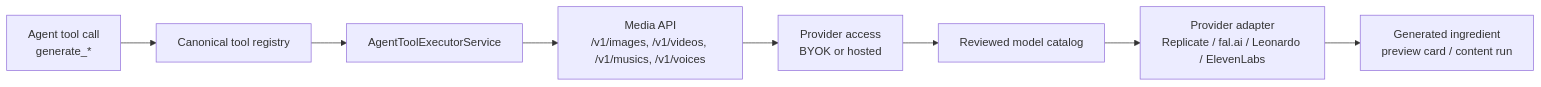
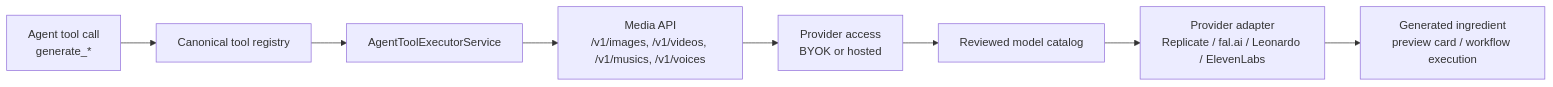
One commit to genfeedai/genfeed.ai changed the diagram in apps/docs/content/core-loop/generation-service.mdx. Above: the diagram before and after it, drawn with Mermaid. The commit also changed other lines of this file and 2 other files, not shown here.

First line of the commit message:
fix(website,docs): remove retired intelligence route and stale ContentRun docs

````diff
--- a/apps/docs/content/core-loop/generation-service.mdx
+++ b/apps/docs/content/core-loop/generation-service.mdx
@@ -74,10 +74,10 @@
 ```mermaid
 flowchart LR
   A["Agent tool call\ngenerate_*"] --> B["Canonical tool registry"]
   B --> C["AgentToolExecutorService"]
   C --> D["Media API\n/v1/images, /v1/videos, /v1/musics, /v1/voices"]
   D --> E["Provider access\nBYOK or hosted"]
   E --> F["Reviewed model catalog"]
   F --> G["Provider adapter\nReplicate / fal.ai / Leonardo / ElevenLabs"]
-  G --> H["Generated ingredient\npreview card / content run"]
+  G --> H["Generated ingredient\npreview card / workflow execution"]
 ```
````
